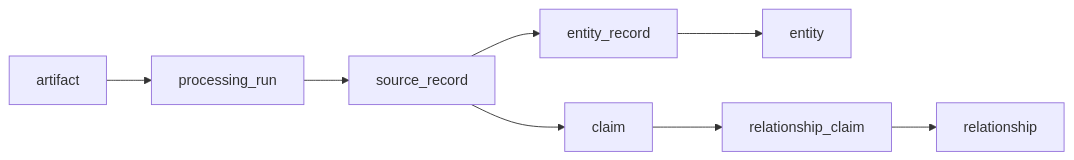
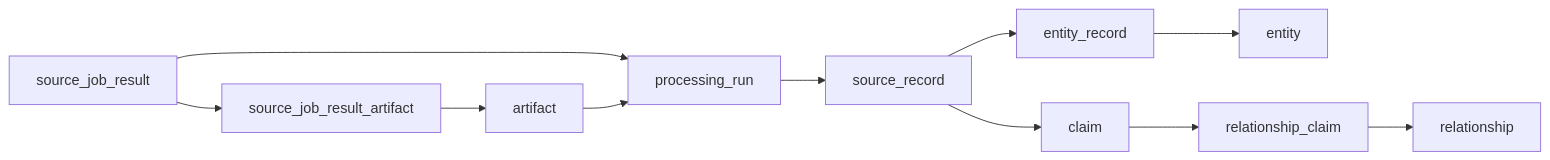
The diagram in docs/07-data-model.md (opazdunTeam/GraphX), drawn with Mermaid before and after one commit. The commit also changed other lines of this file and 11 other files, not shown here.

````diff
--- a/docs/07-data-model.md
+++ b/docs/07-data-model.md
@@ -7,10 +7,13 @@
 ```mermaid
 flowchart LR
-    A[artifact] --> PR[processing_run]
+    SJR[source_job_result] --> SJRA[source_job_result_artifact]
+    SJRA --> A[artifact]
+    SJR --> PR[processing_run]
+    A --> PR
     PR --> SR[source_record]
     SR --> C[claim]
     SR --> ER[entity_record]
     ER --> E[entity]
     C --> RC[relationship_claim]
     RC --> R[relationship]
 ```
````
